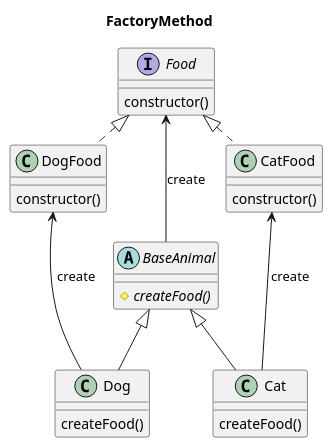
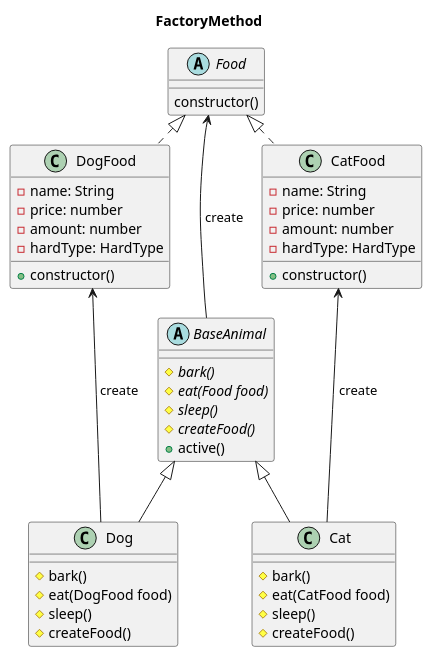
One commit to MasafumiSekihata/studyDesignPatterns changed the second of 7 diagrams in designPattern.md. Above: the diagram before and after it, drawn with PlantUML. The commit also changed other lines of this file, not shown here.

Commit message:
クラス図にメソッド追加、動作するソースに修正

````diff
--- a/designPattern.md
+++ b/designPattern.md
@@ -58,34 +190,52 @@
 ```plantuml
 @startuml
 title FactoryMethod
-interface "Food" as Food {
+abstract "Food" as Food {
     constructor()
 }
 class "DogFood" as DogFood {
-    constructor()
+    -name: String
+    -price: number
+    -amount: number
+    -hardType: HardType
+    +constructor()
 }
 class "CatFood" as CatFood {
-    constructor()
+    -name: String
+    -price: number
+    -amount: number
+    -hardType: HardType
+    +constructor()
 }
 abstract "BaseAnimal" as BaseAnimal {
+    #{abstract} bark()
+    #{abstract} eat(Food food)
+    #{abstract} sleep()
     #{abstract} createFood()
+    +active()
 }
 class "Dog" as Dog {
-    createFood()
+    #bark()
+    #eat(DogFood food)
+    #sleep()
+    #createFood()
 }
 class "Cat" as Cat {
-    createFood()
+    #bark()
+    #eat(CatFood food)
+    #sleep()
+    #createFood()
 }
 
 Food <|. DogFood
 Food <|. CatFood
 
 BaseAnimal <|-- Dog
 BaseAnimal <|-- Cat
 
 Food <-- BaseAnimal:create
 DogFood <-- Dog:create
 CatFood <-- Cat:create
 
 @enduml
 ```
````
